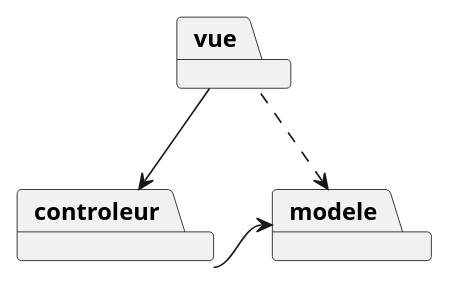
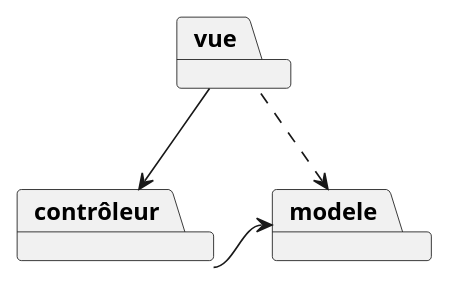
The first of 2 diagrams in src/main/doc/readme.adoc (tgoubin/mvc-example), drawn with PlantUML before and after one commit. The commit also changed other lines of this file and 4 other files, not shown here.

```diff
--- a/src/main/doc/readme.adoc
+++ b/src/main/doc/readme.adoc
@@ -9,14 +9,14 @@
 [plantuml, "modele-mvc", png]  
 ----
 @startuml
 
 package modele
-package controleur
+package contrôleur
 package vue
 
-vue -> controleur
-controleur -> modele
+vue -> contrôleur
+contrôleur -> modele
 modele <.. vue
 
 @enduml
 ----
```
